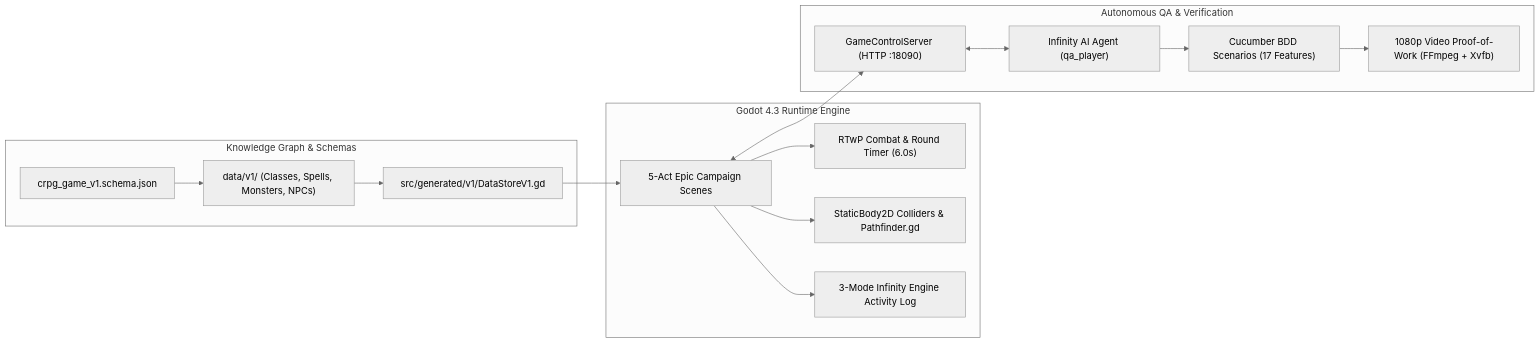
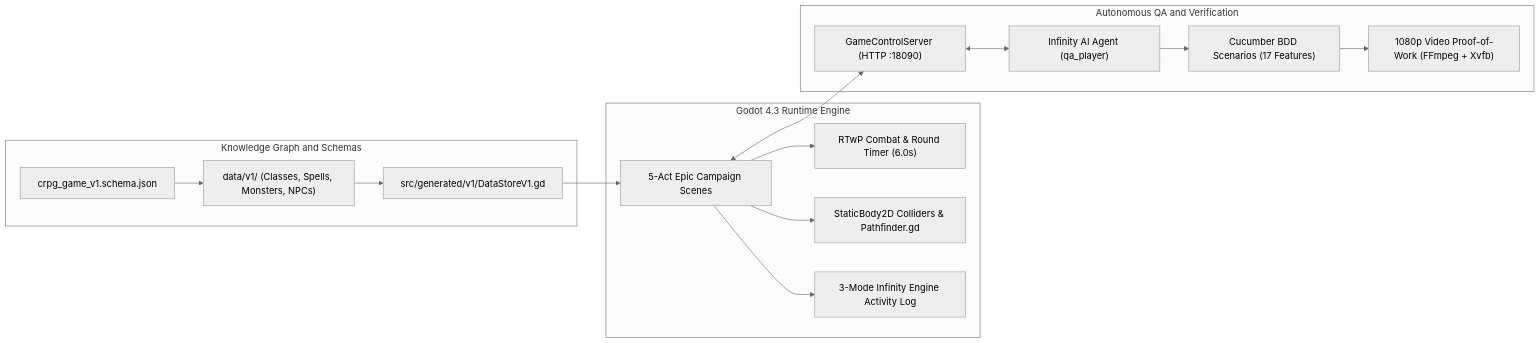
Before and after one commit to nddipiazza/robos: the diagram in docs/projects.md, drawn with Mermaid (neutral theme). The commit also changed 2 other files, not shown here.

Commit message:
docs(crpg): replace broken paradigm diagram with high-res architectural infographic image and fix flowchart syntax

````diff
--- a/docs/projects.md
+++ b/docs/projects.md
@@ -45,22 +45,22 @@
 ```mermaid
-graph LR
-    subgraph "Knowledge Graph & Schemas"
+flowchart LR
+    subgraph KG_LAYER ["Knowledge Graph and Schemas"]
         KG["crpg_game_v1.schema.json"] --> DS["data/v1/ (Classes, Spells, Monsters, NPCs)"]
         DS --> GD["src/generated/v1/DataStoreV1.gd"]
     end
 
-    subgraph "Godot 4.3 Runtime Engine"
+    subgraph ENGINE_LAYER ["Godot 4.3 Runtime Engine"]
         GD --> World["5-Act Epic Campaign Scenes"]
         World --> RTwP["RTwP Combat & Round Timer (6.0s)"]
         World --> Phys["StaticBody2D Colliders & Pathfinder.gd"]
         World --> ActLog["3-Mode Infinity Engine Activity Log"]
     end
 
-    subgraph "Autonomous QA & Verification"
+    subgraph QA_LAYER ["Autonomous QA and Verification"]
         HTTP["GameControlServer (HTTP :18090)"] <--> AI["Infinity AI Agent (qa_player)"]
         AI --> BDD["Cucumber BDD Scenarios (17 Features)"]
         BDD --> Video["1080p Video Proof-of-Work (FFmpeg + Xvfb)"]
     end
 
     World <--> HTTP
 ```
````
